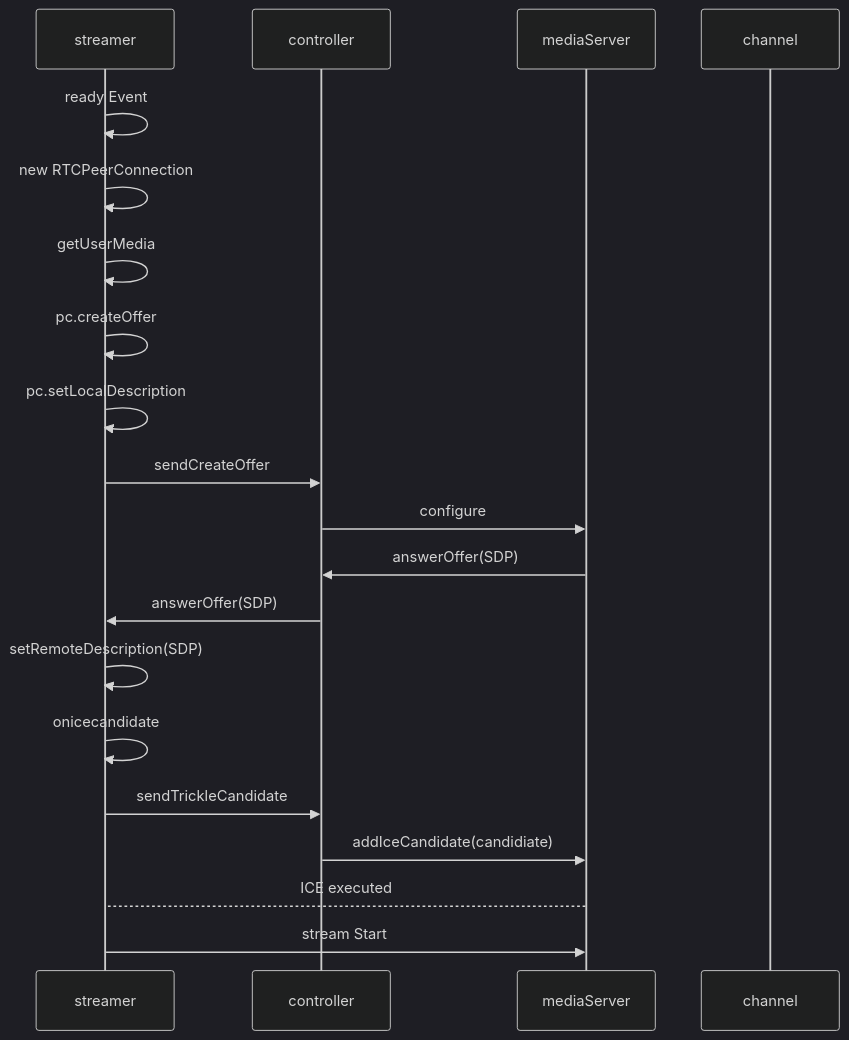
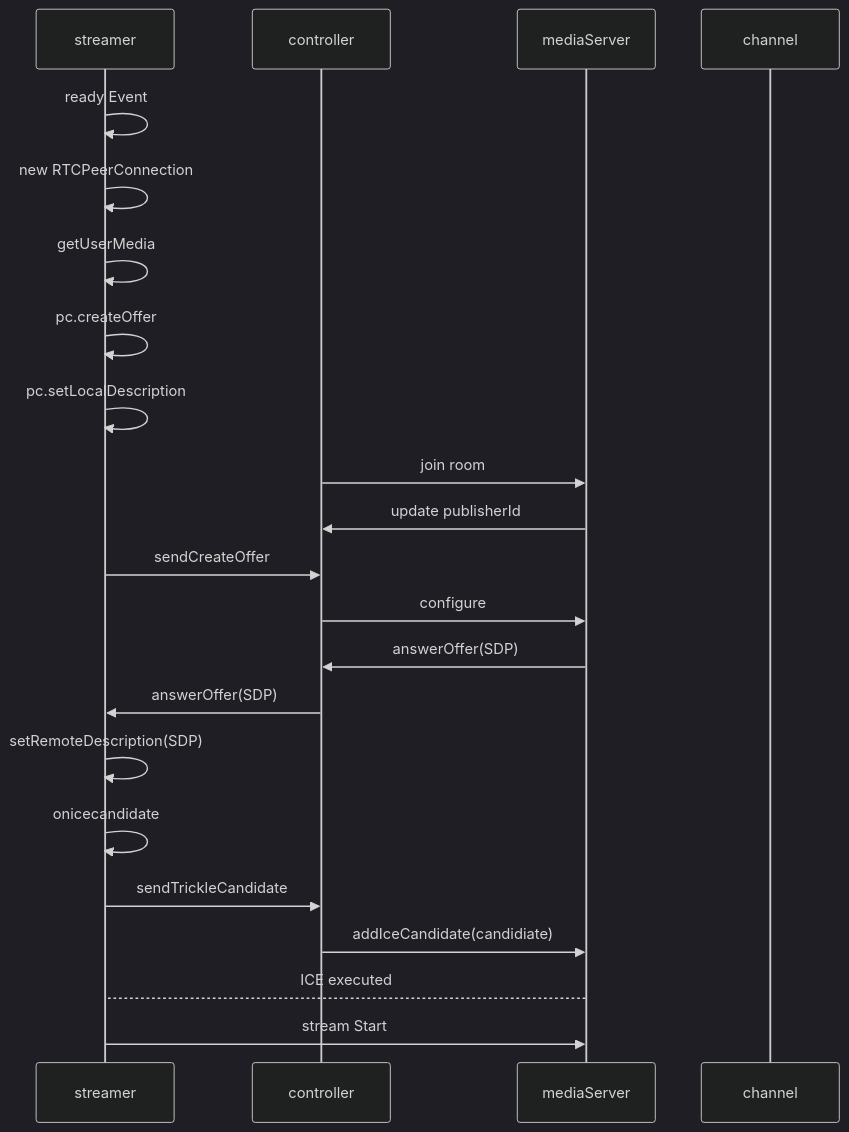
One commit to castonetwork/minimvp_channel changed the second of 3 diagrams in README.md. Above: the diagram before and after it, drawn with Mermaid (dark theme). The commit also changed other lines of this file and 1 other file, not shown here.

Commit message:
fix: fix a joinRoom mandatory error (ptype) * update publisherId when publisher joined a room. * fix jsep when answered

````diff
--- a/README.md
+++ b/README.md
@@ -68,22 +67,24 @@
 ```mermaid
 sequenceDiagram
   participant st as streamer
   participant ct as controller
   participant ms as mediaServer
   participant ch as channel
   st->>st: ready Event
   st->>st: new RTCPeerConnection
   st->>st: getUserMedia
   st->>st: pc.createOffer
   st->>st: pc.setLocalDescription
+  ct->>ms: join room
+  ms->>ct: update publisherId
   st->>ct: sendCreateOffer
   ct->>ms: configure
   ms->>ct: answerOffer(SDP)
   ct->>st: answerOffer(SDP)
   st->>st: setRemoteDescription(SDP)
   st->>st: onicecandidate
   st->>ct: sendTrickleCandidate
   ct->>ms: addIceCandidate(candidiate)
   ms-->st: ICE executed
   st->>ms: stream Start
 ```
````
